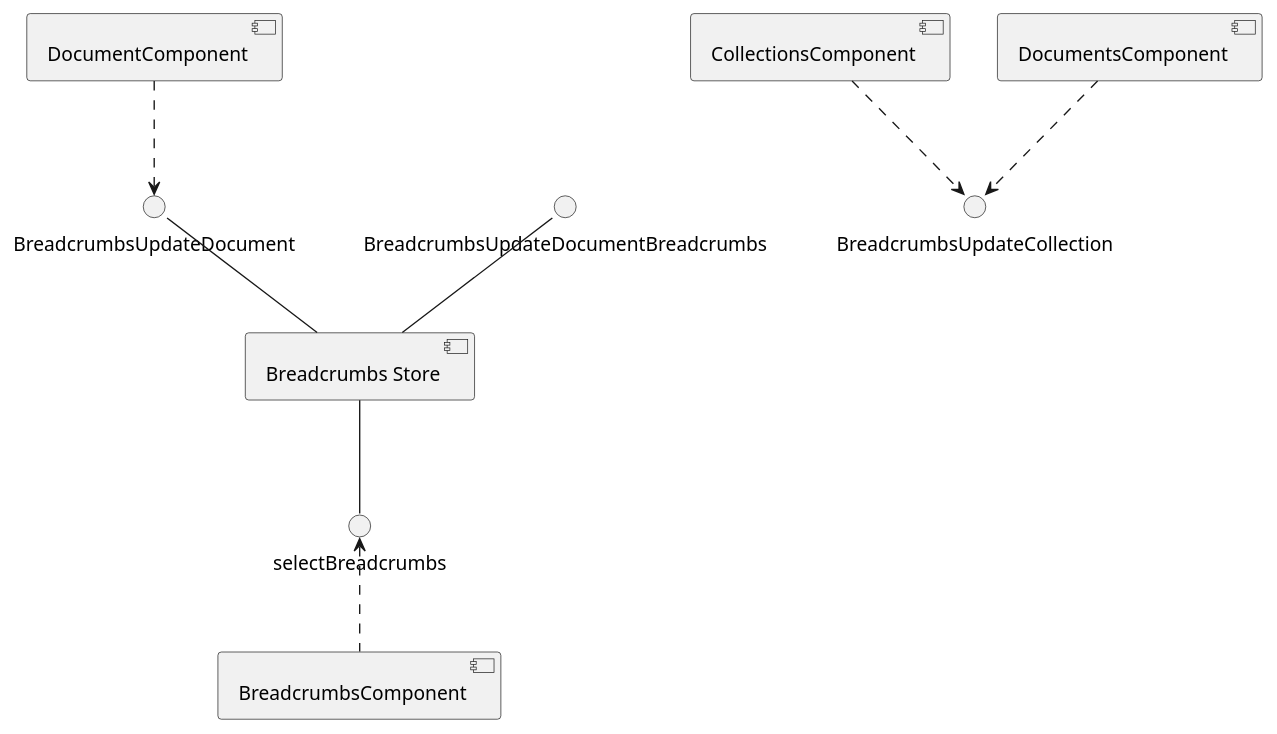
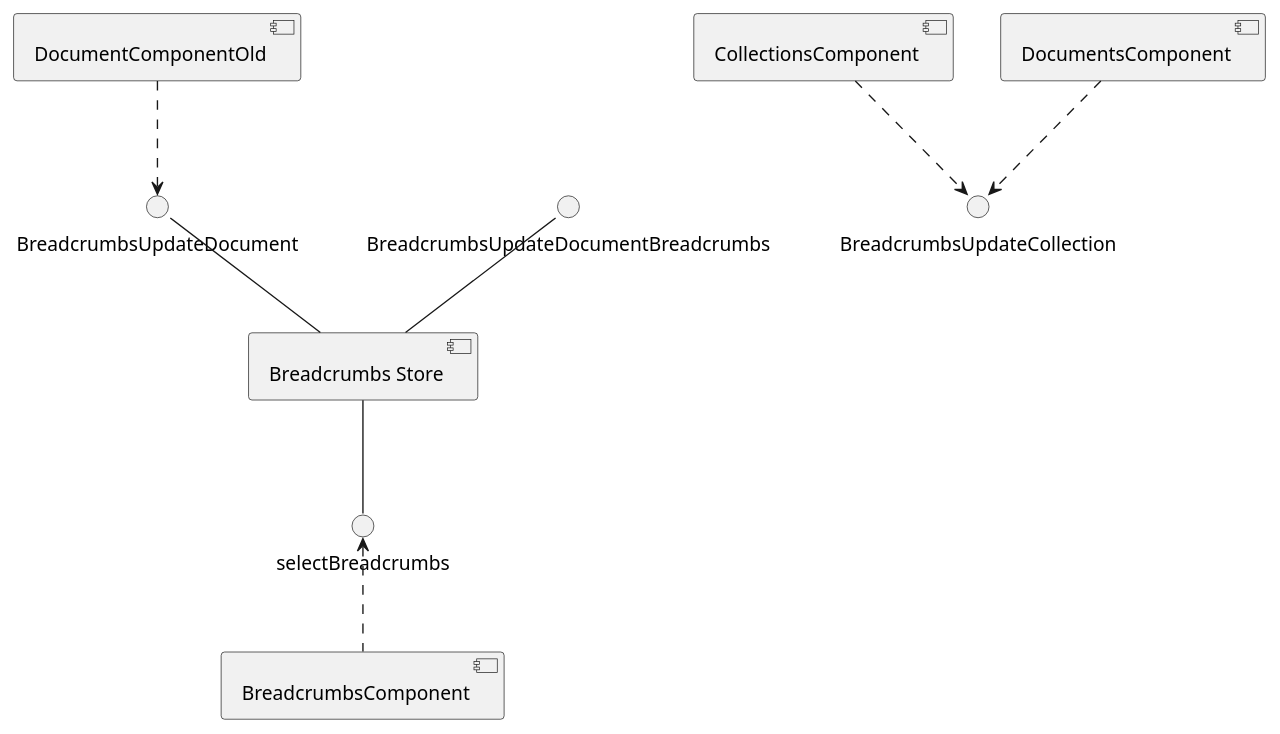
One commit to HISPAMUS/muret changed the fourth of 14 diagrams in documentation/puml/angular.puml. Above: the diagram before and after it, drawn with PlantUML. The commit also changed other lines of this file and 41 other files, not shown here.

```diff
--- a/documentation/puml/angular.puml
+++ b/documentation/puml/angular.puml
@@ -101,12 +101,12 @@
 @startuml breadcrumbs_store_component
     [Breadcrumbs Store]
     BreadcrumbsUpdateDocument -- [Breadcrumbs Store]
     BreadcrumbsUpdateDocumentBreadcrumbs -- [Breadcrumbs Store]
     [Breadcrumbs Store] -- selectBreadcrumbs
 
-    [DocumentComponent] ..> BreadcrumbsUpdateDocument
+    [DocumentComponentOld] ..> BreadcrumbsUpdateDocument
     [CollectionsComponent] ..> BreadcrumbsUpdateCollection
     [DocumentsComponent] ..> BreadcrumbsUpdateCollection
 
     selectBreadcrumbs <.. [BreadcrumbsComponent]
 @enduml
```
